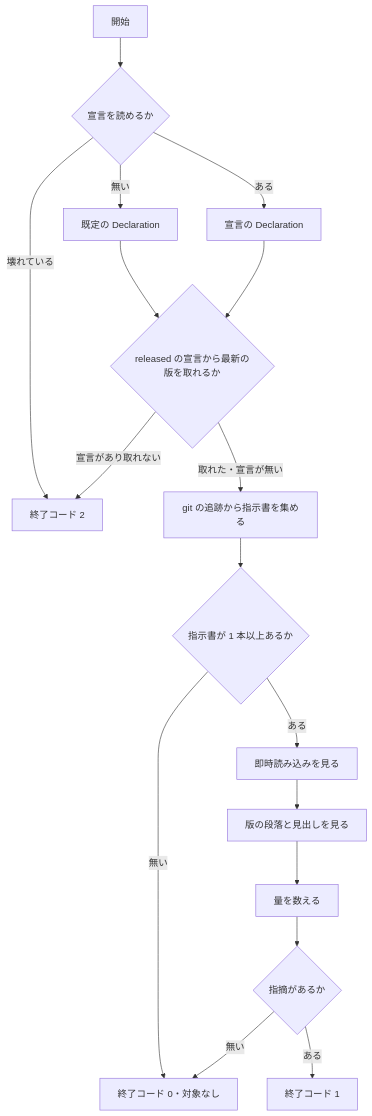
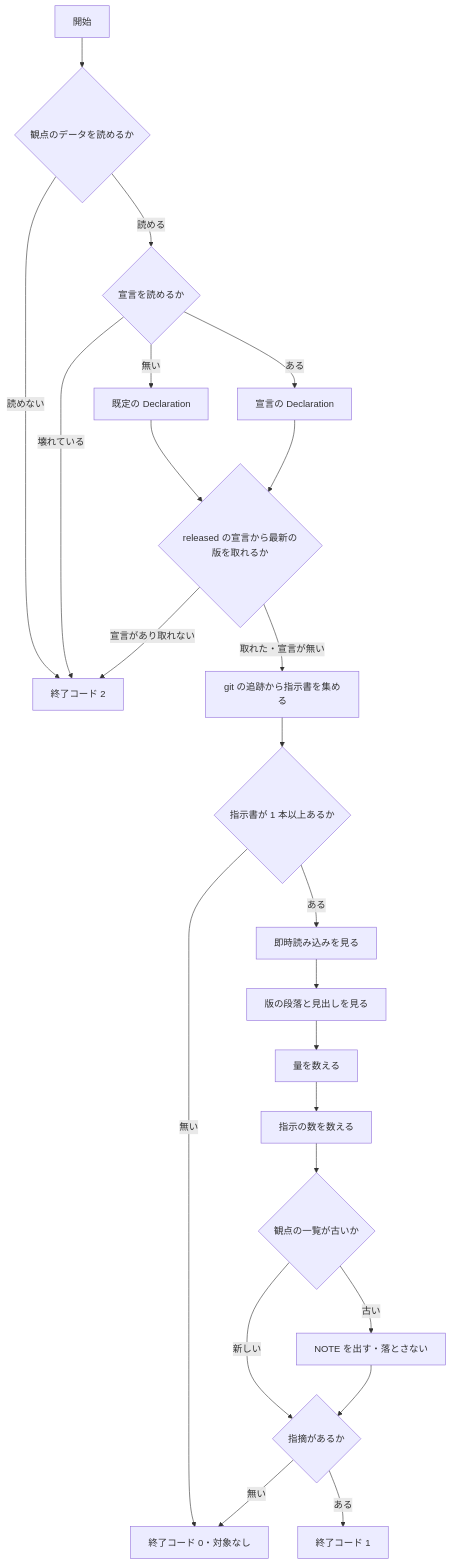
Before and after one commit to devbasex/ai-plugins: the fifth of 5 diagrams in issues/issue-554-design.md, drawn with Mermaid. The commit also changed other lines of this file and 5 other files, not shown here.

````diff
--- a/issues/issue-554-design.md
+++ b/issues/issue-554-design.md
@@ -246,19 +290,25 @@
 ```mermaid
 graph TD
-    S[開始] --> D{宣言を読めるか}
+    S[開始] --> C{観点のデータを読めるか}
+    C -->|読めない| E2[終了コード 2]
+    C -->|読める| D{宣言を読めるか}
     D -->|壊れている| E2[終了コード 2]
     D -->|無い| DEF[既定の Declaration]
     D -->|ある| USE[宣言の Declaration]
     DEF --> MAX{released の宣言から最新の版を取れるか}
     USE --> MAX
     MAX -->|宣言があり取れない| E2
     MAX -->|取れた・宣言が無い| COL[git の追跡から指示書を集める]
     COL --> N{指示書が 1 本以上あるか}
     N -->|無い| E0[終了コード 0・対象なし]
     N -->|ある| IMP[即時読み込みを見る]
     IMP --> VER[版の段落と見出しを見る]
     VER --> BUD[量を数える]
-    BUD --> R{指摘があるか}
+    BUD --> CNT[指示の数を数える]
+    CNT --> OLD{観点の一覧が古いか}
+    OLD -->|古い| NOTE[NOTE を出す・落とさない]
+    OLD -->|新しい| R{指摘があるか}
+    NOTE --> R
     R -->|ある| E1[終了コード 1]
     R -->|無い| E0
 ```
````
